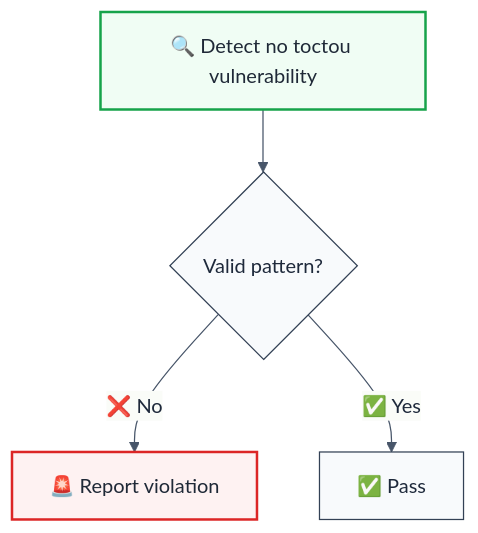
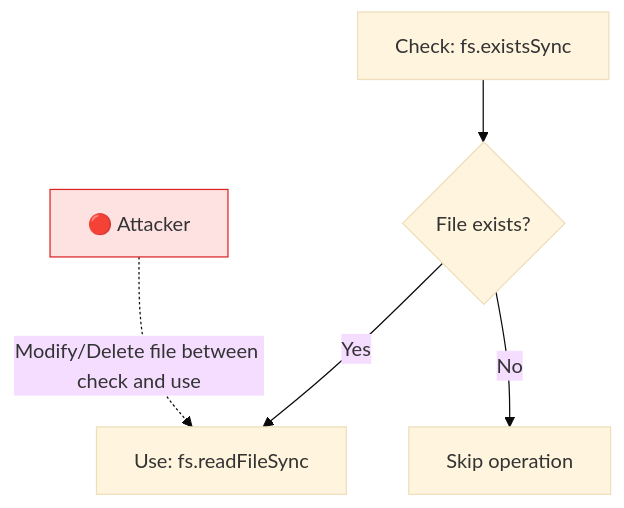
Before and after one commit to ofri-peretz/eslint: the diagram in packages/eslint-plugin-secure-coding/docs/rules/no-toctou-vulnerability.md, drawn with Mermaid. The commit also changed other lines of this file and 560 other files, not shown here.

````diff
--- a/packages/eslint-plugin-secure-coding/docs/rules/no-toctou-vulnerability.md
+++ b/packages/eslint-plugin-secure-coding/docs/rules/no-toctou-vulnerability.md
@@ -20,25 +22,12 @@
 ```mermaid
-%%{init: {
-  'theme': 'base',
-  'themeVariables': {
-    'primaryColor': '#f8fafc',
-    'primaryTextColor': '#1e293b',
-    'primaryBorderColor': '#334155',
-    'lineColor': '#475569',
-    'c0': '#f8fafc',
-    'c1': '#f1f5f9',
-    'c2': '#e2e8f0',
-    'c3': '#cbd5e1'
-  }
-}}%%
+%%{init: {'theme': 'base'}}%%
 flowchart TD
-    A[🔍 Detect no toctou vulnerability] --> B{Valid pattern?}
-    B -->|❌ No| C[🚨 Report violation]
-    B -->|✅ Yes| D[✅ Pass]
+    A[Check: fs.existsSync] --> B{File exists?}
+    B -->|Yes| C[Use: fs.readFileSync]
+    B -->|No| D[Skip operation]
 
-    classDef startNode fill:#f0fdf4,stroke:#16a34a,stroke-width:2px,color:#1f2937
-    classDef errorNode fill:#fef2f2,stroke:#dc2626,stroke-width:2px,color:#1f2937
+    E[🔴 Attacker] -.->|"Modify/Delete file between check and use"| C
 
-    class A startNode
-    class C errorNode
+    classDef danger fill:#fee2e2,stroke:#dc2626
+    class E danger
 ```
````
